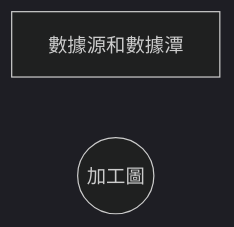
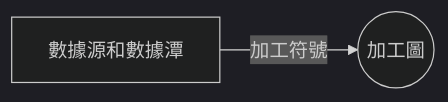
One commit to chchoiw/chchoiw.github.io changed the third of 4 diagrams in _posts/2022-07-04-02333-software_engineer.md. Above: the diagram before and after it, drawn with Mermaid (dark theme).

````diff
--- a/_posts/2022-07-04-02333-software_engineer.md
+++ b/_posts/2022-07-04-02333-software_engineer.md
@@ -232,5 +232,6 @@
 ```mermaid
 graph LR
 id2[數據源和數據潭]
 id1((加工圖))
+id2--加工符號-->id1
 ```
````
